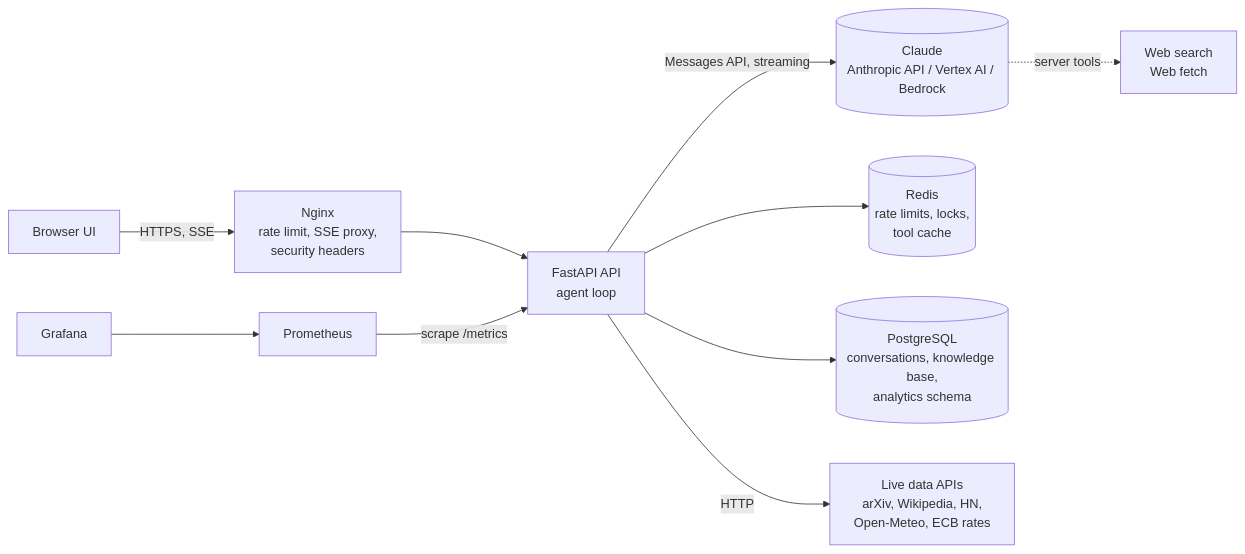
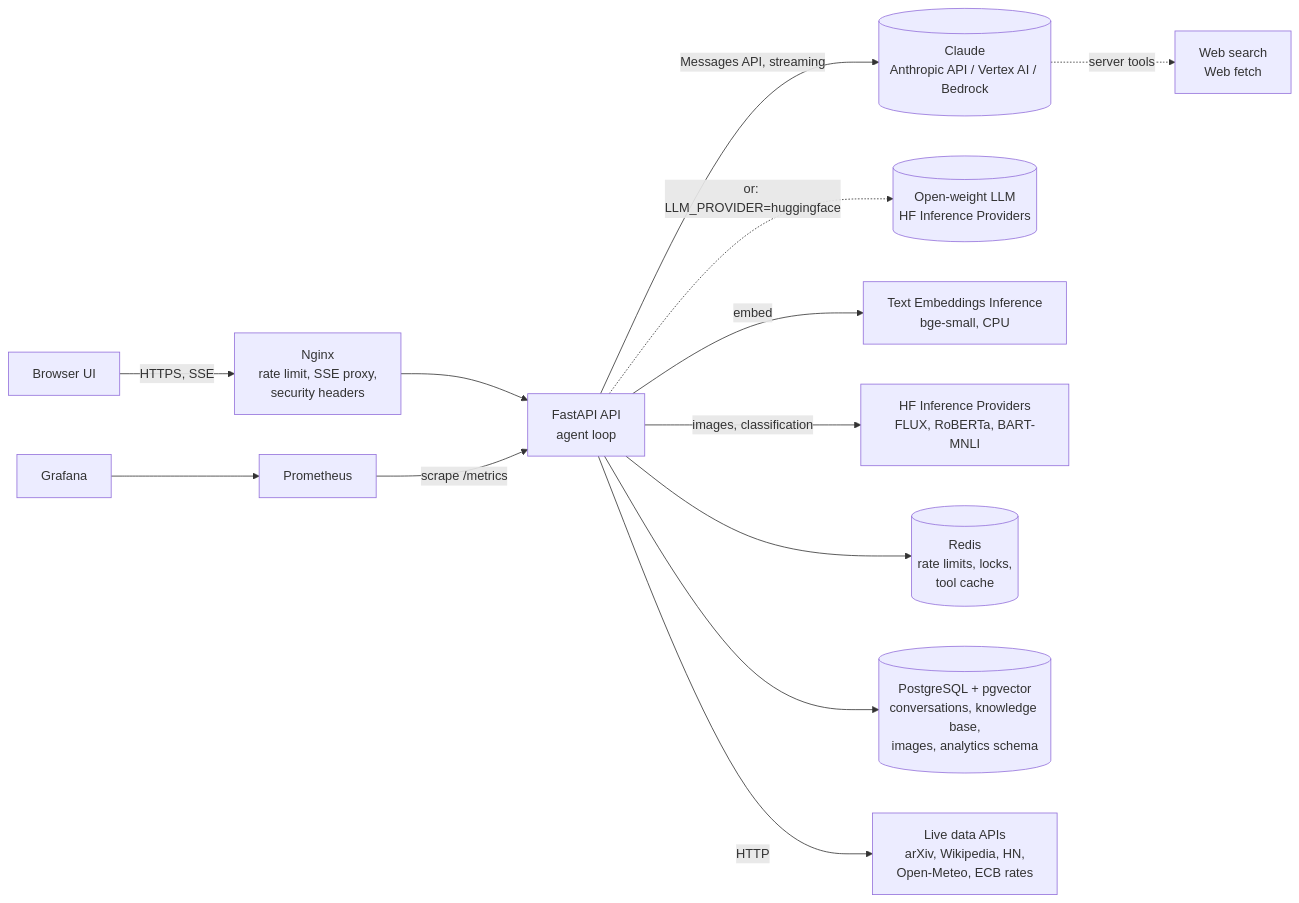
The first of 2 diagrams in docs/ARCHITECTURE.md (namratabhatia21/Agentic), drawn with Mermaid before and after one commit. The commit also changed other lines of this file and 23 other files, not shown here.

````diff
--- a/docs/ARCHITECTURE.md
+++ b/docs/ARCHITECTURE.md
@@ -10,12 +10,15 @@
 ```mermaid
 flowchart LR
     U[Browser UI] -->|HTTPS, SSE| N[Nginx<br/>rate limit, SSE proxy,<br/>security headers]
     N --> A[FastAPI API<br/>agent loop]
     A -->|Messages API, streaming| C[(Claude<br/>Anthropic API / Vertex AI / Bedrock)]
+    A -.->|or: LLM_PROVIDER=huggingface| O[(Open-weight LLM<br/>HF Inference Providers)]
     C -.->|server tools| W[Web search<br/>Web fetch]
+    A -->|embed| E[Text Embeddings Inference<br/>bge-small, CPU]
+    A -->|images, classification| HF[HF Inference Providers<br/>FLUX, RoBERTa, BART-MNLI]
     A --> R[(Redis<br/>rate limits, locks,<br/>tool cache)]
-    A --> P[(PostgreSQL<br/>conversations, knowledge base,<br/>analytics schema)]
+    A --> P[(PostgreSQL + pgvector<br/>conversations, knowledge base,<br/>images, analytics schema)]
     A -->|HTTP| X[Live data APIs<br/>arXiv, Wikipedia, HN,<br/>Open-Meteo, ECB rates]
     PR[Prometheus] -->|scrape /metrics| A
     G[Grafana] --> PR
 ```
````
